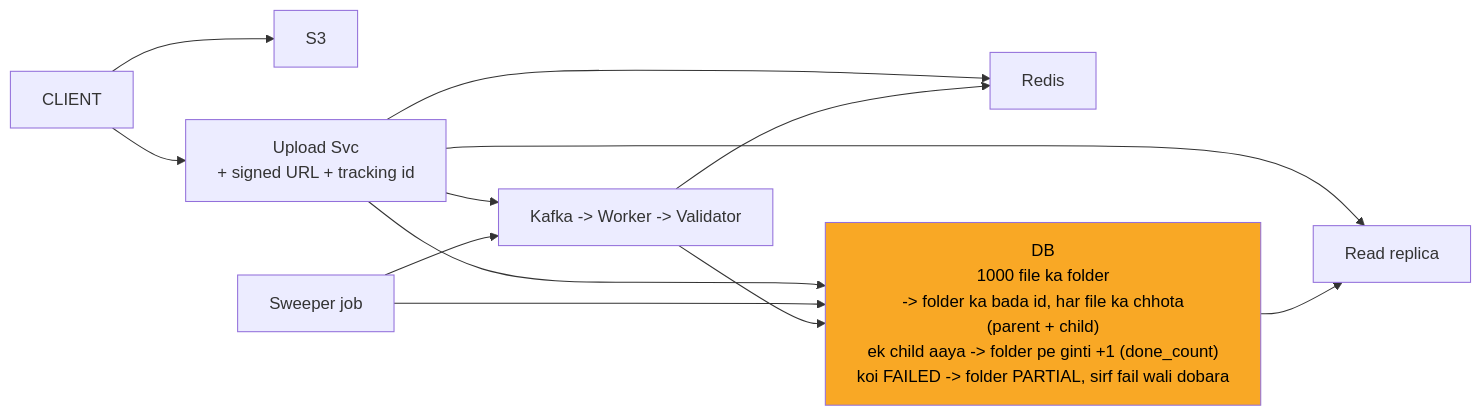
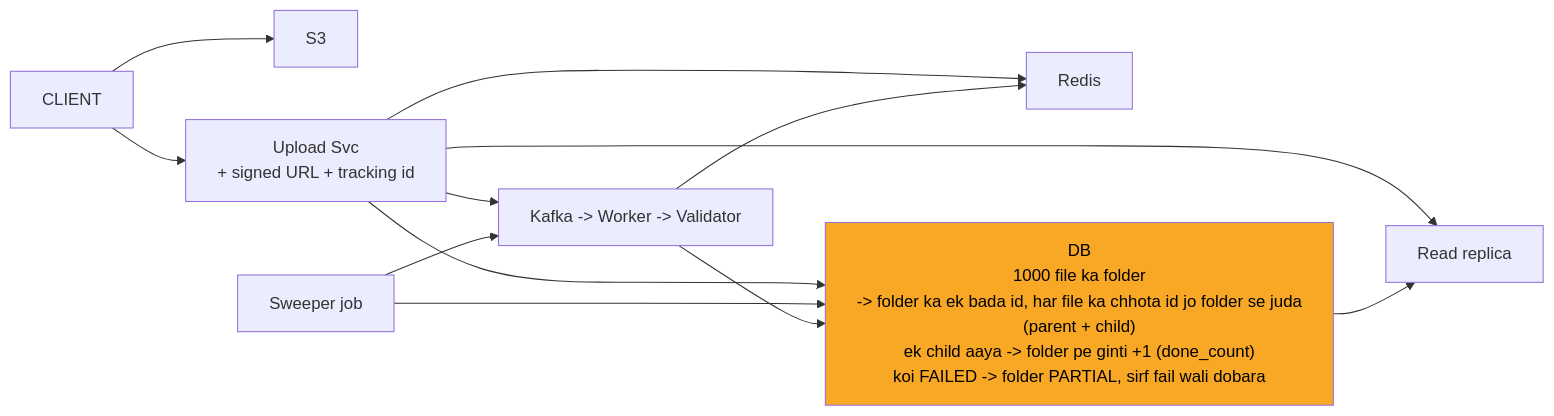
Before and after one commit to ArpanMaheshwari144/Prep: the seventh of 11 diagrams in 04_HLD/SYSTEM_DESIGNS/07_file_upload_validate_system/07_file_upload_INTERVIEW.md, drawn with Mermaid. The commit also changed other lines of this file and 13 other files, not shown here.

````diff
--- a/04_HLD/SYSTEM_DESIGNS/07_file_upload_validate_system/07_file_upload_INTERVIEW.md
+++ b/04_HLD/SYSTEM_DESIGNS/07_file_upload_validate_system/07_file_upload_INTERVIEW.md
@@ -303,24 +303,24 @@
 ```mermaid
 %%{init: {"flowchart": {"wrappingWidth": 450}}}%%
 flowchart LR
     n_CLIENT["CLIENT"]
     n_S3["S3"]
     n_Upload_Svc["Upload Svc<br/>+ signed URL + tracking id"]
     n_Redis["Redis"]
-    n_DB["DB<br/>1000 file ka folder<br/>-> folder ka bada id, har file ka chhota<br/>(parent + child)<br/>ek child aaya -> folder pe ginti +1 (done_count)<br/>koi FAILED -> folder PARTIAL, sirf fail wali dobara"]
+    n_DB["DB<br/>1000 file ka folder<br/>-> folder ka ek bada id, har file ka chhota id jo folder se juda<br/>(parent + child)<br/>ek child aaya -> folder pe ginti +1 (done_count)<br/>koi FAILED -> folder PARTIAL, sirf fail wali dobara"]
     n_Read_replica["Read replica"]
     n_Sweeper_job["Sweeper job"]
     n_CHAIN["Kafka -> Worker -> Validator"]
     n_CLIENT --> n_S3
     n_CLIENT --> n_Upload_Svc
     n_Upload_Svc --> n_Redis
     n_Upload_Svc --> n_DB
     n_Upload_Svc --> n_Read_replica
     n_DB --> n_Read_replica
     n_Upload_Svc --> n_CHAIN
     n_Sweeper_job --> n_DB
     n_Sweeper_job --> n_CHAIN
     n_CHAIN --> n_DB
     n_CHAIN --> n_Redis
     style n_DB fill:#f9a825,color:#000
 ```
````
